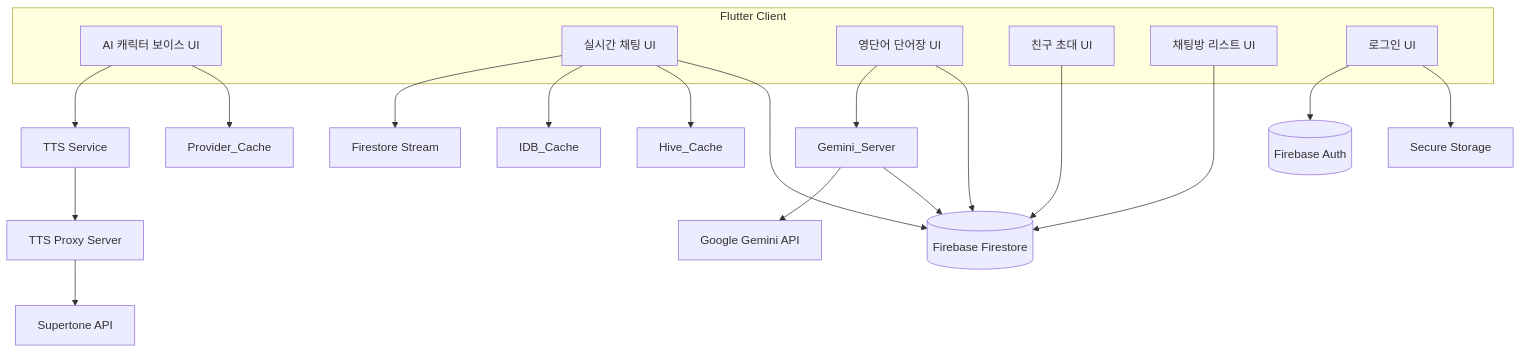
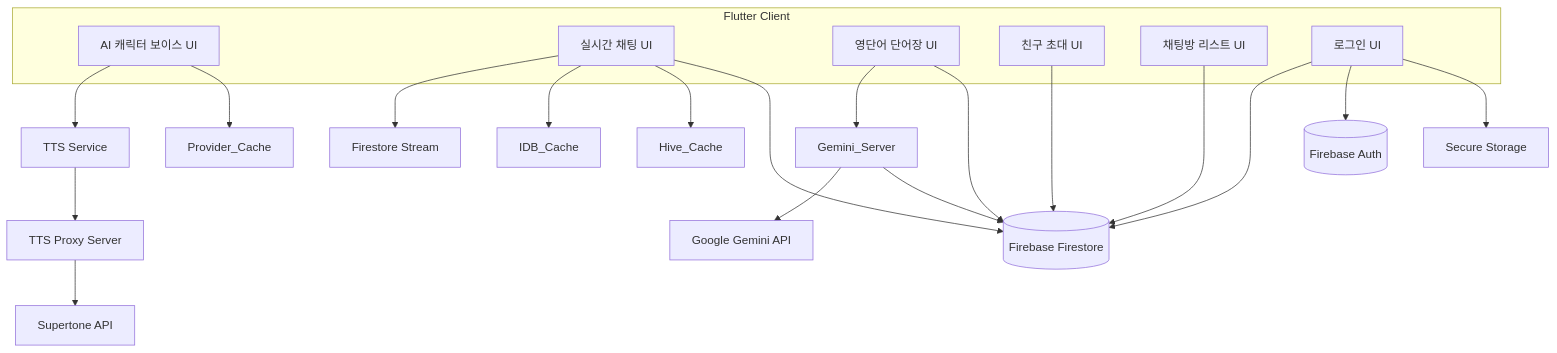
Before and after one commit to 8848man/machat: the diagram in README.md, drawn with Mermaid.

````diff
--- a/README.md
+++ b/README.md
@@ -20,45 +20,46 @@
 ```mermaid
 graph TB
 
     %% --- 클라이언트 ---
     subgraph Client[Flutter Client]
         VoiceUI[AI 캐릭터 보이스 UI]
         ChatUI[실시간 채팅 UI]
         VocabUI[영단어 단어장 UI]
         InviteUI[친구 초대 UI]
         RoomListUI[채팅방 리스트 UI]
         LoginUI[로그인 UI]
     end
     
     %% --- Firebase 공통 (먼저 정의) ---
     FS_DB[(Firebase Firestore)]
     FB_Auth[(Firebase Auth)]
     
     %% --- AI 캐릭터 보이스 ---
     VoiceUI --> TTS_Service[TTS Service];
     VoiceUI --> Provider_Cache[Provider_Cache];
     TTS_Service --> TTS_Proxy[TTS Proxy Server];
     TTS_Proxy --> Supertone[Supertone API];
     
     %% --- 실시간 채팅 ---
     ChatUI --> FS_Stream[Firestore Stream];
     ChatUI --> Web_Cache[IDB_Cache];
     ChatUI --> Mobile_Cache[Hive_Cache];
     ChatUI --> FS_DB;
     Gemini_Server --> Gemini_API[Google Gemini API];
     
     %% --- 단어장 기능 ---
     VocabUI --> Gemini_Server;
     VocabUI --> FS_DB;
     Gemini_Server --> FS_DB;
     
     %% --- 친구 초대 ---
     InviteUI --> FS_DB;
     
     %% --- 채팅방 리스트 관리 ---
     RoomListUI --> FS_DB;
     
     %% --- 로그인 기능 ---
+    LoginUI --> FS_DB;
     LoginUI --> FB_Auth;
     LoginUI --> SecureStorage[Secure Storage];
 ```
````
